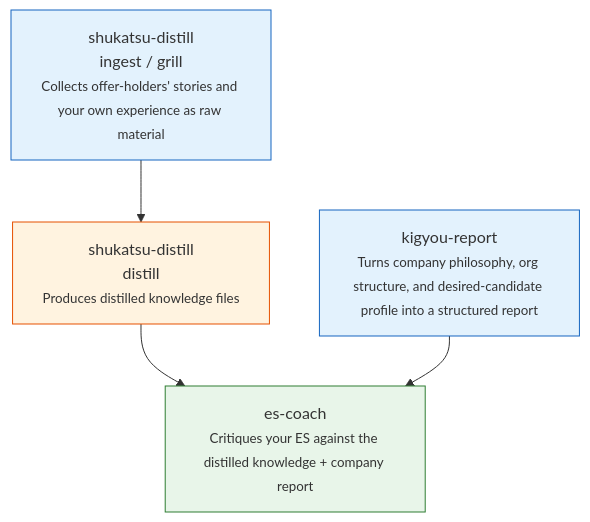
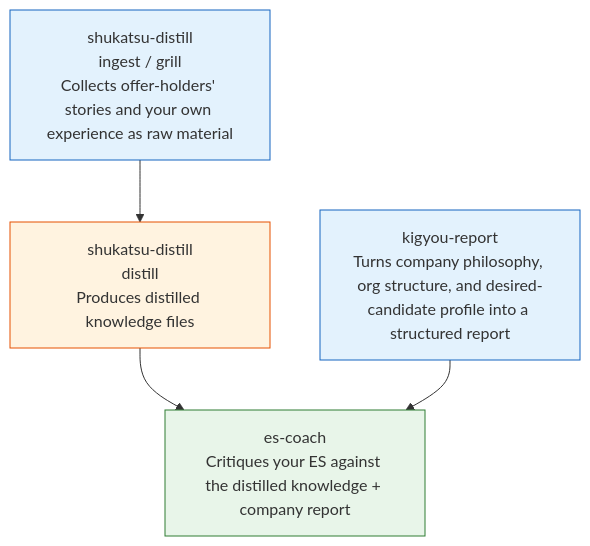
One commit to jiayi-ThE-CREATOR/es-coach-skills changed the diagram in README.en.md. Above: the diagram before and after it, drawn with Mermaid. The commit also changed 4 other files, not shown here.

First line of the commit message:
fix: strip <small>/<b> tags from Mermaid labels (GitHub renderer rejects them)

````diff
--- a/README.en.md
+++ b/README.en.md
@@ -11,16 +11,16 @@
 ```mermaid
 flowchart TB
-    A["shukatsu-distill<br/>ingest / grill<br/><small>Collects offer-holders' stories and your own experience as raw material</small>"]
-    B["kigyou-report<br/><small>Turns company philosophy, org structure, and desired-candidate profile into a structured report</small>"]
-    C["shukatsu-distill<br/>distill<br/><small>Produces distilled knowledge files</small>"]
-    D["es-coach<br/><small>Critiques your ES against the distilled knowledge + company report</small>"]
+    A["shukatsu-distill<br/>ingest / grill<br/>Collects offer-holders' stories and your own experience as raw material"]
+    B["kigyou-report<br/>Turns company philosophy, org structure, and desired-candidate profile into a structured report"]
+    C["shukatsu-distill<br/>distill<br/>Produces distilled knowledge files"]
+    D["es-coach<br/>Critiques your ES against the distilled knowledge + company report"]
 
     A --> C
     C --> D
     B --> D
 
     style A fill:#e3f2fd,stroke:#1565c0
     style B fill:#e3f2fd,stroke:#1565c0
     style C fill:#fff3e0,stroke:#e65100
     style D fill:#e8f5e9,stroke:#2e7d32
 ```
````
